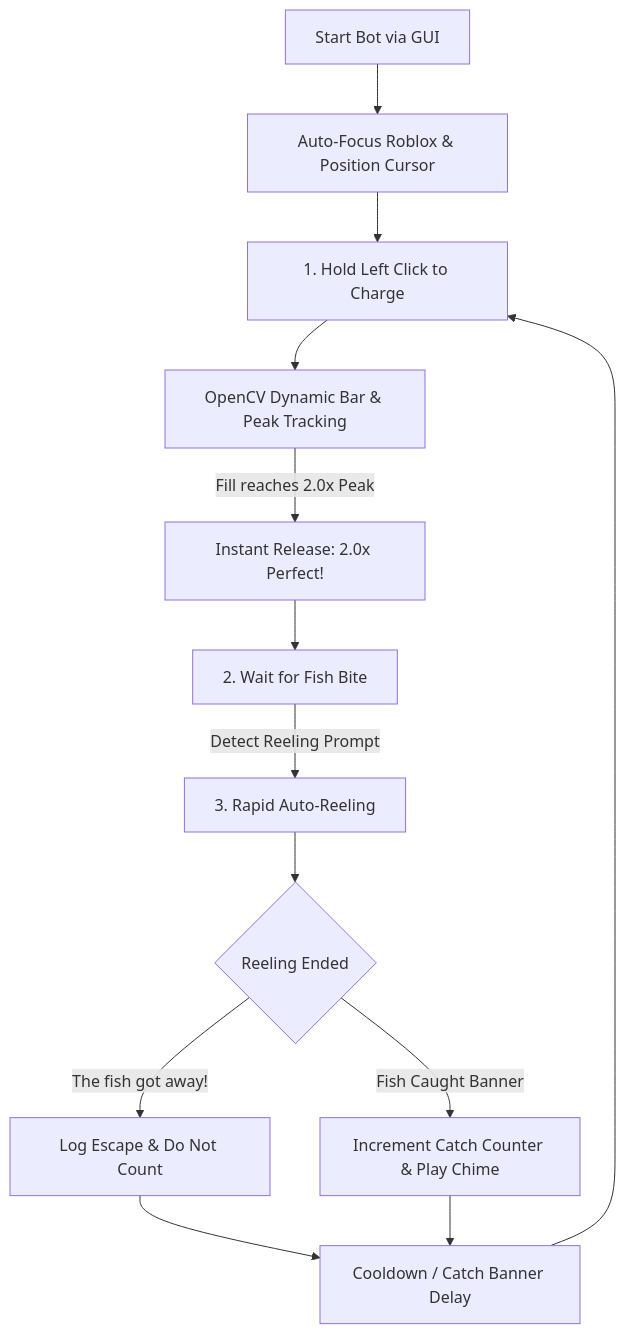
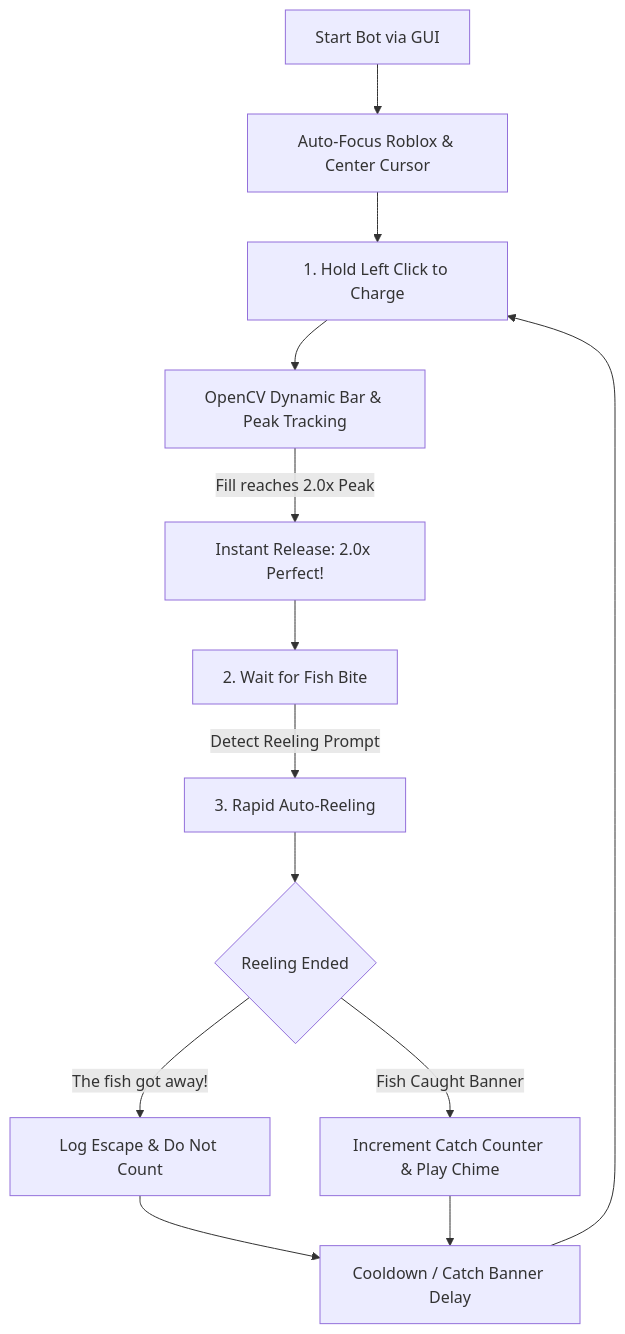
One commit to ricostwn/roblox-fishit-autoperfect changed the diagram in README.md. Above: the diagram before and after it, drawn with Mermaid. The commit also changed other lines of this file and 4 other files, not shown here.

````diff
--- a/README.md
+++ b/README.md
@@ -37,15 +37,15 @@
 ```mermaid
 flowchart TD
-    A[Start Bot via GUI] --> B[Auto-Focus Roblox & Position Cursor]
+    A[Start Bot via GUI] --> B[Auto-Focus Roblox & Center Cursor]
     B --> C[1. Hold Left Click to Charge]
     C --> D[OpenCV Dynamic Bar & Peak Tracking]
     D -->|Fill reaches 2.0x Peak| E[Instant Release: 2.0x Perfect!]
     E --> F[2. Wait for Fish Bite]
     F -->|Detect Reeling Prompt| G[3. Rapid Auto-Reeling]
     G --> H{Reeling Ended}
     H -->|The fish got away!| I[Log Escape & Do Not Count]
     H -->|Fish Caught Banner| J[Increment Catch Counter & Play Chime]
     I --> K[Cooldown / Catch Banner Delay]
     J --> K
     K --> C
 ```
````
